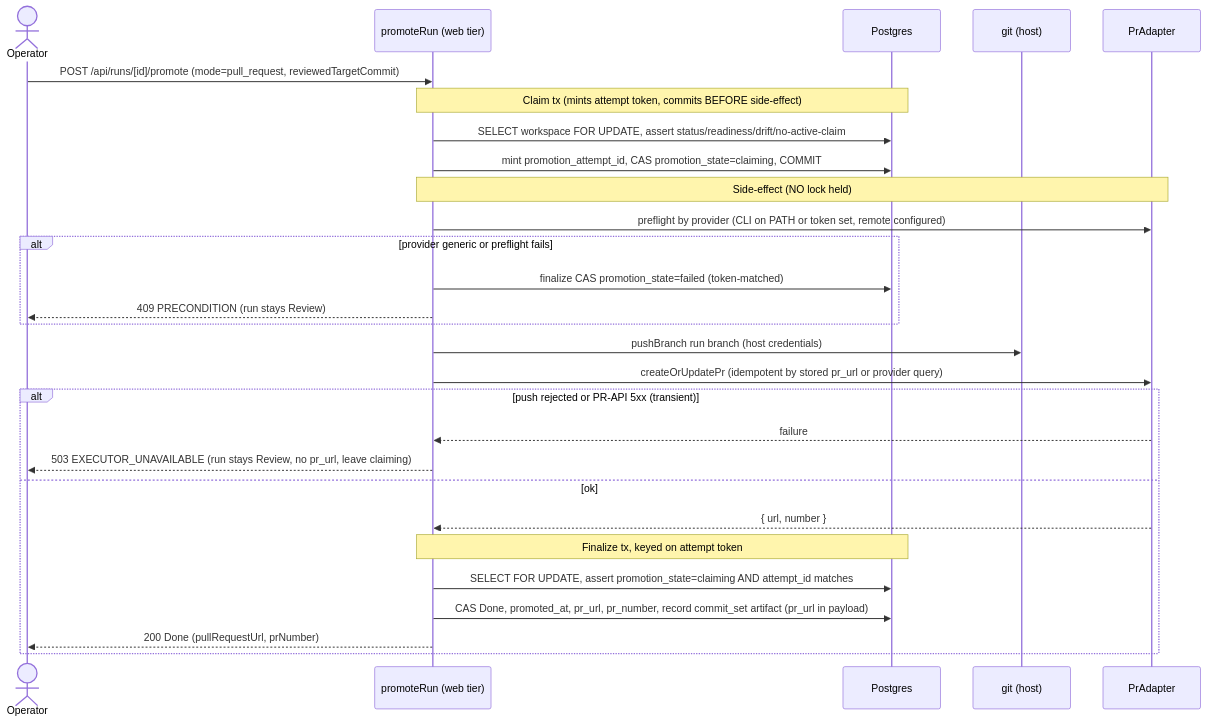
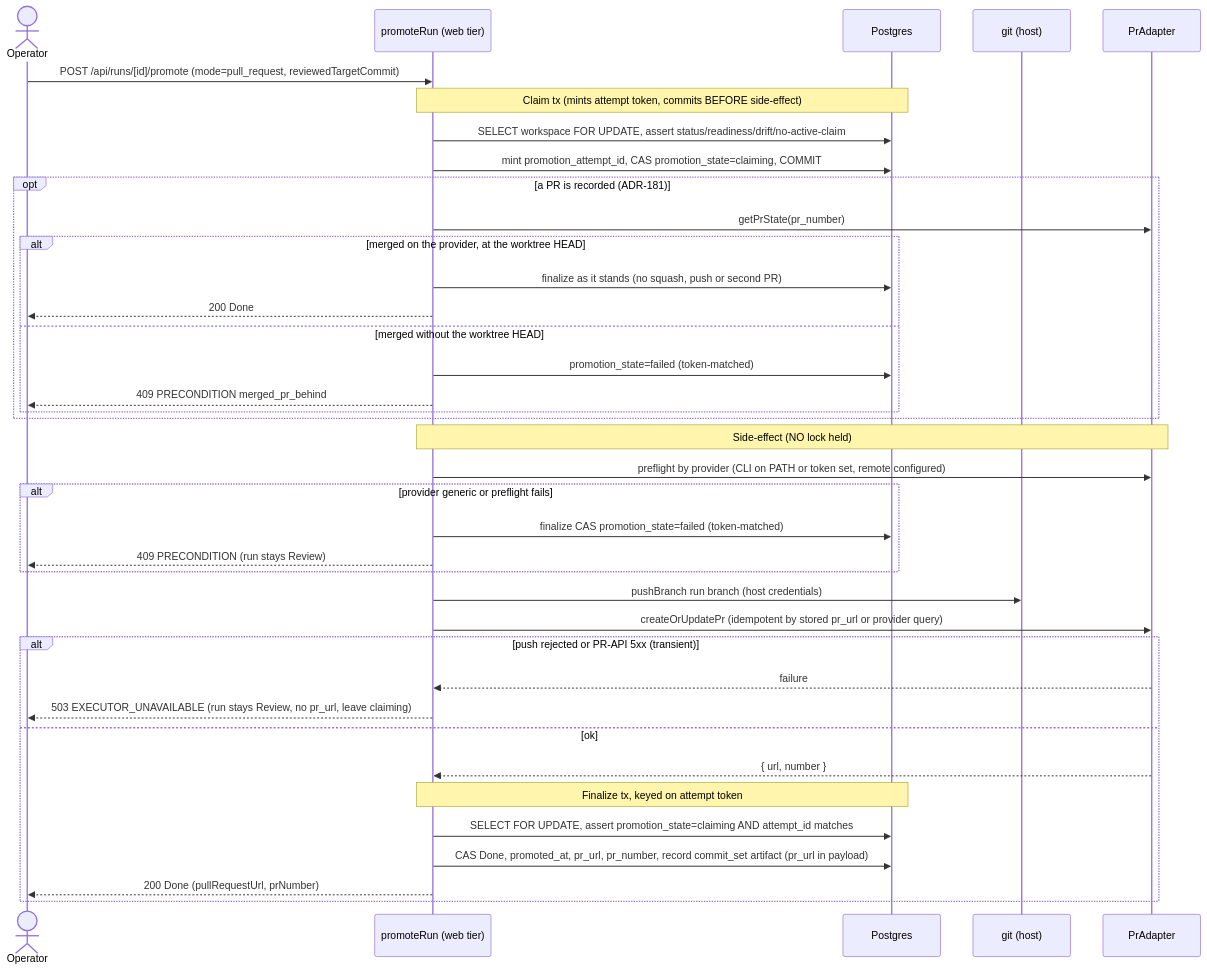
One commit to maister-dev/maister changed the fifth of 14 diagrams in docs/system-analytics/workspaces.md. Above: the diagram before and after it, drawn with Mermaid. The commit also changed other lines of this file and 15 other files, not shown here.

First line of the commit message:
fix(promotion): a PR the provider already merged is finalized as it stands

````diff
--- a/docs/system-analytics/workspaces.md
+++ b/docs/system-analytics/workspaces.md
@@ -251,31 +251,41 @@
 ```mermaid
 sequenceDiagram
     actor U as Operator
     participant W as promoteRun (web tier)
     participant DB as Postgres
     participant FS as git (host)
     participant PA as PrAdapter
 
     U->>W: POST /api/runs/[id]/promote (mode=pull_request, reviewedTargetCommit)
     Note over W,DB: Claim tx (mints attempt token, commits BEFORE side-effect)
     W->>DB: SELECT workspace FOR UPDATE, assert status/readiness/drift/no-active-claim
     W->>DB: mint promotion_attempt_id, CAS promotion_state=claiming, COMMIT
+    opt a PR is recorded (ADR-181)
+        W->>PA: getPrState(pr_number)
+        alt merged on the provider, at the worktree HEAD
+            W->>DB: finalize as it stands (no squash, push or second PR)
+            W-->>U: 200 Done
+        else merged without the worktree HEAD
+            W->>DB: promotion_state=failed (token-matched)
+            W-->>U: 409 PRECONDITION merged_pr_behind
+        end
+    end
     Note over W,PA: Side-effect (NO lock held)
     W->>PA: preflight by provider (CLI on PATH or token set, remote configured)
     alt provider generic or preflight fails
         W->>DB: finalize CAS promotion_state=failed (token-matched)
         W-->>U: 409 PRECONDITION (run stays Review)
     end
     W->>FS: pushBranch run branch (host credentials)
     W->>PA: createOrUpdatePr (idempotent by stored pr_url or provider query)
     alt push rejected or PR-API 5xx (transient)
         PA-->>W: failure
         W-->>U: 503 EXECUTOR_UNAVAILABLE (run stays Review, no pr_url, leave claiming)
     else ok
         PA-->>W: { url, number }
         Note over W,DB: Finalize tx, keyed on attempt token
         W->>DB: SELECT FOR UPDATE, assert promotion_state=claiming AND attempt_id matches
         W->>DB: CAS Done, promoted_at, pr_url, pr_number, record commit_set artifact (pr_url in payload)
         W-->>U: 200 Done (pullRequestUrl, prNumber)
     end
 ```
````
